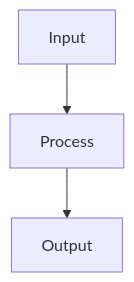
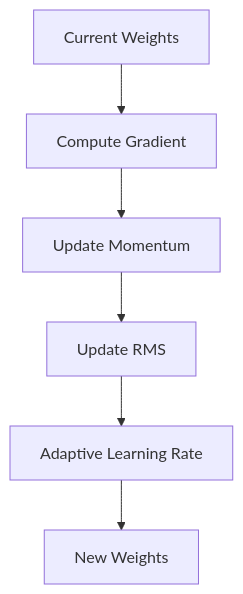
Before and after one commit to souradeepta/interviewprep-ai: the diagram in ai/concepts/04-optimization-algorithms.md, drawn with Mermaid. The commit also changed other lines of this file and 24 other files, not shown here.

````diff
--- a/ai/concepts/04-optimization-algorithms.md
+++ b/ai/concepts/04-optimization-algorithms.md
@@ -17,5 +19,8 @@
 ```mermaid
 graph TD
-    A[Input] --> B[Process]
-    B --> C[Output]
+    A[Current Weights] --> B[Compute Gradient]
+    B --> C[Update Momentum]
+    C --> D[Update RMS]
+    D --> E[Adaptive Learning Rate]
+    E --> F[New Weights]
 ```
````
